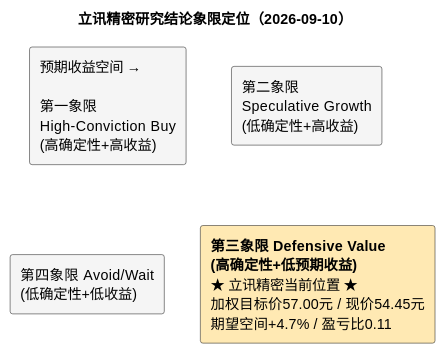
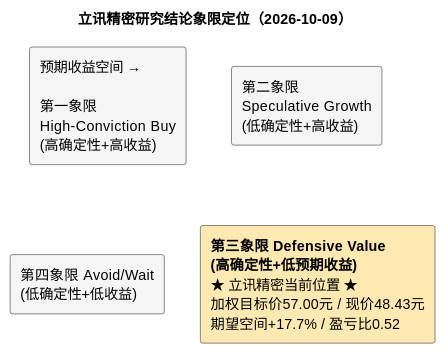
The diagram in investigation/equities/立讯精密/reports/研报章节八：投资摘要与风险因素.md (hrzzzrh/QuantPyLab), drawn with PlantUML before and after one commit. The commit also changed other lines of this file and 841 other files, not shown here.

````diff
--- a/investigation/equities/立讯精密/reports/研报章节八：投资摘要与风险因素.md
+++ b/investigation/equities/立讯精密/reports/研报章节八：投资摘要与风险因素.md
@@ -63,16 +65,16 @@
 ```plantuml
 @startuml
 skinparam backgroundColor white
-title 立讯精密研究结论象限定位（2026-09-10）
+title 立讯精密研究结论象限定位（2026-10-09）
 
 rectangle "预期收益空间 →\n\n第一象限\nHigh-Conviction Buy\n(高确定性+高收益)" as Q1 #f5f5f5
 rectangle "第二象限\nSpeculative Growth\n(低确定性+高收益)" as Q2 #f5f5f5
 rectangle "第四象限 Avoid/Wait\n(低确定性+低收益)" as Q4 #f5f5f5
-rectangle "**第三象限 Defensive Value**\n**(高确定性+低预期收益)**\n★ 立讯精密当前位置 ★\n加权目标价57.00元 / 现价54.45元\n期望空间+4.7% / 盈亏比0.11" as Q3 #ffe9b3
+rectangle "**第三象限 Defensive Value**\n**(高确定性+低预期收益)**\n★ 立讯精密当前位置 ★\n加权目标价57.00元 / 现价48.43元\n期望空间+17.7% / 盈亏比0.52" as Q3 #ffe9b3
 
 Q1 -[hidden]right- Q2
 Q4 -[hidden]right- Q3
 Q1 -[hidden]down- Q4
 Q2 -[hidden]down- Q3
 @enduml
 ```
````
